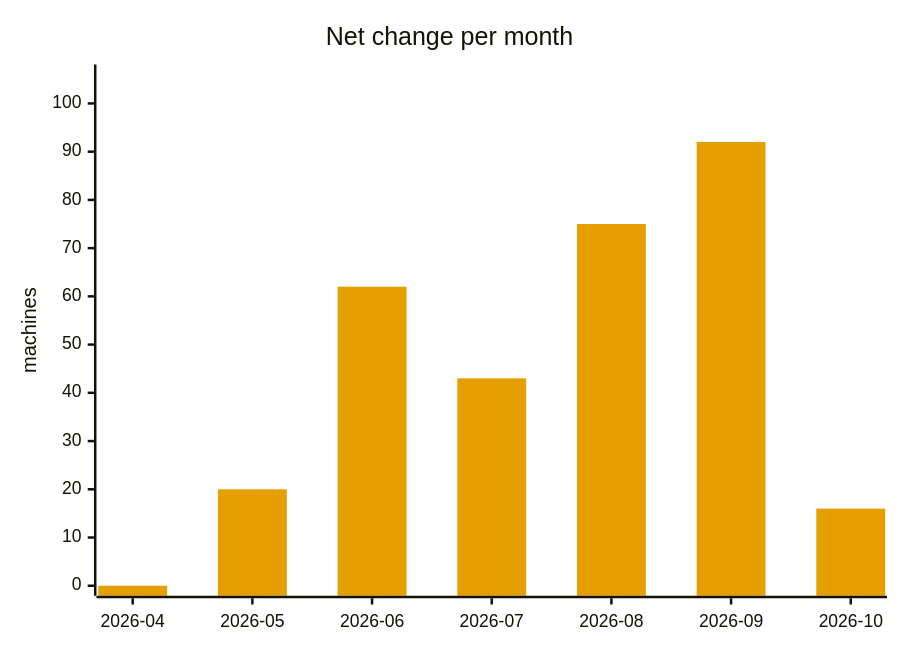
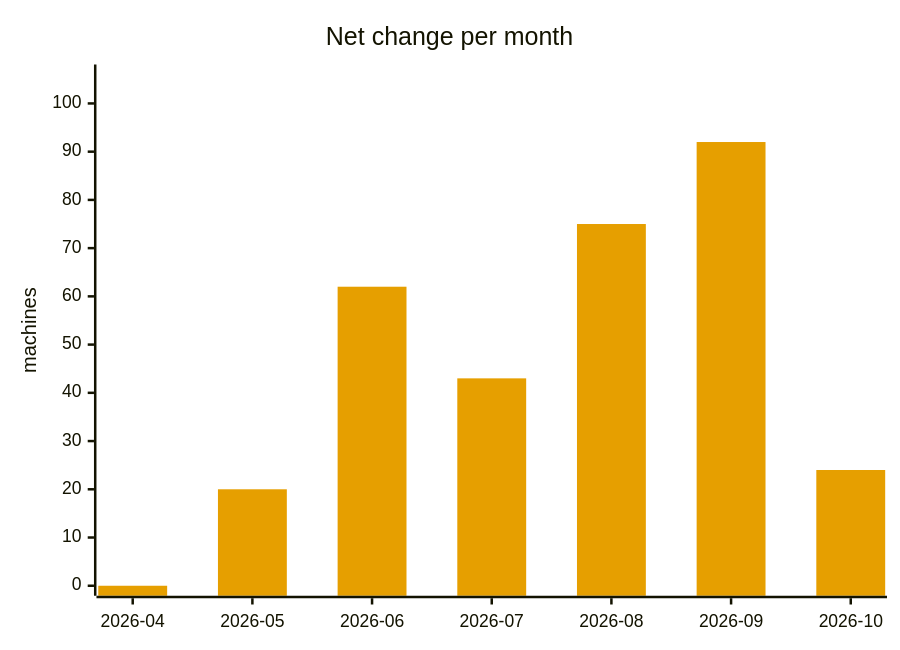
The fifth of 5 diagrams in ANALYSIS.md (cheeaun/returnright-data), drawn with Mermaid before and after one commit. The commit also changed other lines of this file and 4 other files, not shown here.

````diff
--- a/ANALYSIS.md
+++ b/ANALYSIS.md
@@ -265,13 +263,13 @@
 ```mermaid
 ---
 config:
   themeVariables:
     xyChart:
       plotColorPalette: "#E69F00"
 ---
 xychart-beta
     title "Net change per month"
     x-axis ["2026-04", "2026-05", "2026-06", "2026-07", "2026-08", "2026-09", "2026-10"]
     y-axis "machines" 0 --> 106
-    bar [0, 20, 62, 43, 75, 92, 16]
+    bar [0, 20, 62, 43, 75, 92, 24]
 ```
````
